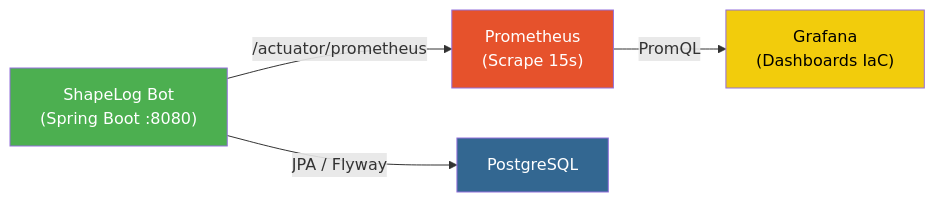
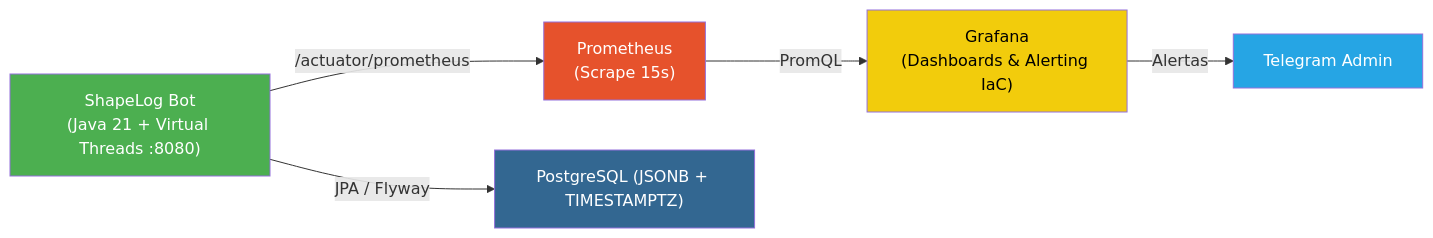
Before and after one commit to Savio-Marques/ShapeLog.ai: the diagram in README.md, drawn with Mermaid. The commit also changed other lines of this file and 50 other files, not shown here.

Commit message:
feat(platform): upgrade to Java 21 virtual threads, TelegramBots 10.3, JSONB/TIMESTAMPTZ, DB state, rate limiting, JSON/MDC logs and Grafana alerts

````diff
--- a/README.md
+++ b/README.md
@@ -53,11 +53,13 @@
 ```mermaid
 graph LR
-    A["ShapeLog Bot<br/>(Spring Boot :8080)"] -- "/actuator/prometheus" --> B["Prometheus<br/>(Scrape 15s)"]
-    B -- "PromQL" --> C["Grafana<br/>(Dashboards IaC)"]
-    A -- "JPA / Flyway" --> D["PostgreSQL"]
+    A["ShapeLog Bot<br/>(Java 21 + Virtual Threads :8080)"] -- "/actuator/prometheus" --> B["Prometheus<br/>(Scrape 15s)"]
+    B -- "PromQL" --> C["Grafana<br/>(Dashboards & Alerting IaC)"]
+    C -- "Alertas" --> T["Telegram Admin"]
+    A -- "JPA / Flyway" --> D["PostgreSQL (JSONB + TIMESTAMPTZ)"]
     
     style A fill:#4CAF50,color:#fff
     style B fill:#E6522C,color:#fff
     style C fill:#F2CC0C,color:#000
     style D fill:#336791,color:#fff
+    style T fill:#26A5E4,color:#fff
 ```
````
